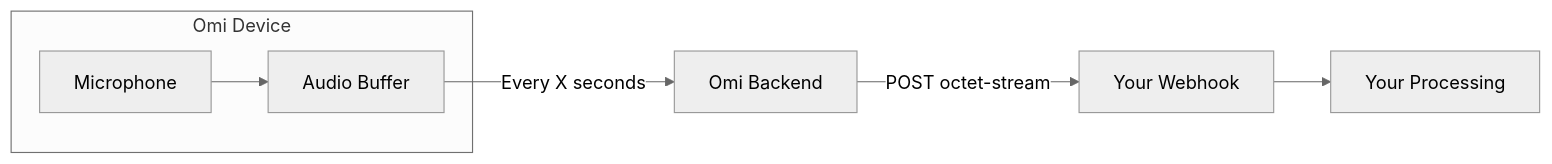
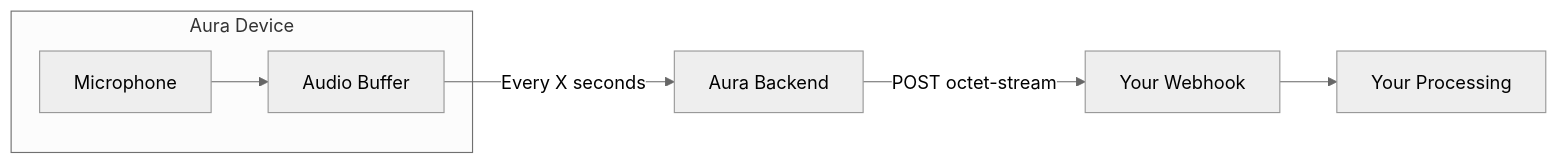
The diagram in docs/doc/developer/apps/AudioStreaming.mdx (thesohamdatta/Aura-Wearable-AI), drawn with Mermaid (neutral theme) before and after one commit. The commit also changed other lines of this file and 161 other files, not shown here.

Commit message:
chore: sanitize Omi branding to Aura across repository

````diff
--- a/docs/doc/developer/apps/AudioStreaming.mdx
+++ b/docs/doc/developer/apps/AudioStreaming.mdx
@@ -25,10 +25,10 @@
 ```mermaid
 flowchart LR
-    subgraph Device["Omi Device"]
+    subgraph Device["Aura Device"]
         M[Microphone] --> A[Audio Buffer]
     end
 
-    A -->|Every X seconds| B[Omi Backend]
+    A -->|Every X seconds| B[Aura Backend]
     B -->|POST octet-stream| W[Your Webhook]
     W --> P[Your Processing]
 ```
````
